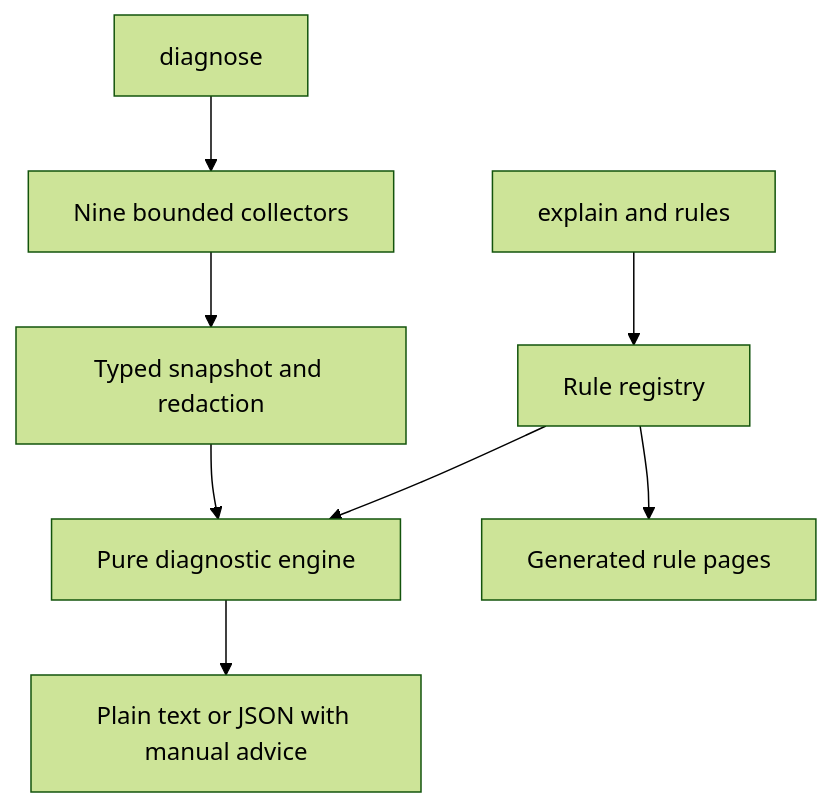
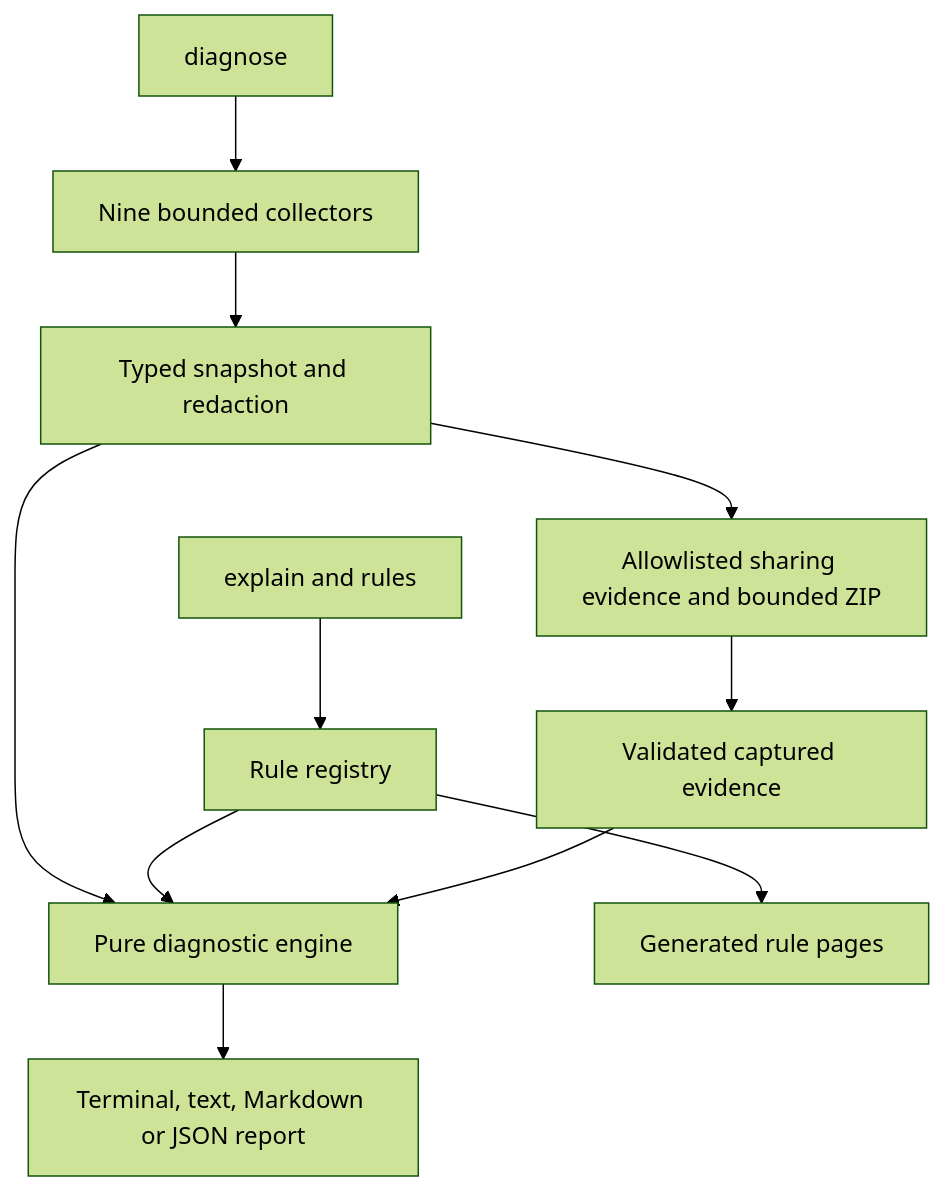
Before and after one commit to Shellghostt/EnvDoctor: the diagram in README.md, drawn with Mermaid (forest theme). The commit also changed other lines of this file and 9 other files, not shown here.

````diff
--- a/README.md
+++ b/README.md
@@ -46,10 +49,13 @@
 ```mermaid
 flowchart TD
     CLI[diagnose] --> COL[Nine bounded collectors]
     COL --> SNAP[Typed snapshot and redaction]
     SNAP --> ENGINE[Pure diagnostic engine]
     REG[Rule registry] --> ENGINE
-    ENGINE --> REPORT[Plain text or JSON with manual advice]
+    ENGINE --> REPORT[Terminal, text, Markdown or JSON report]
+    SNAP --> BUNDLE[Allowlisted sharing evidence and bounded ZIP]
+    BUNDLE --> OFFLINE[Validated captured evidence]
+    OFFLINE --> ENGINE
     META[explain and rules] --> REG
     REG --> PAGES[Generated rule pages]
 ```
````
